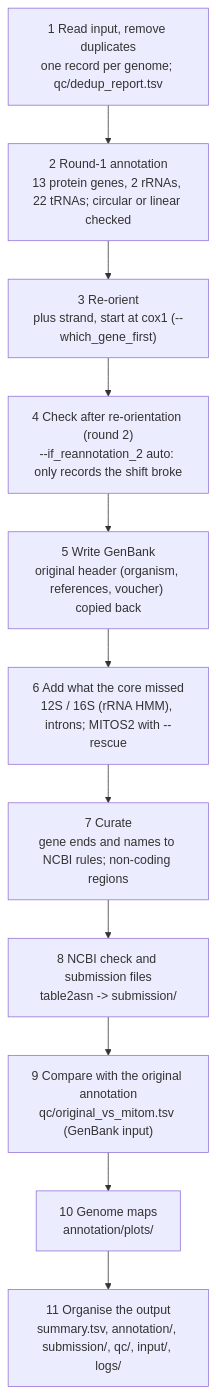
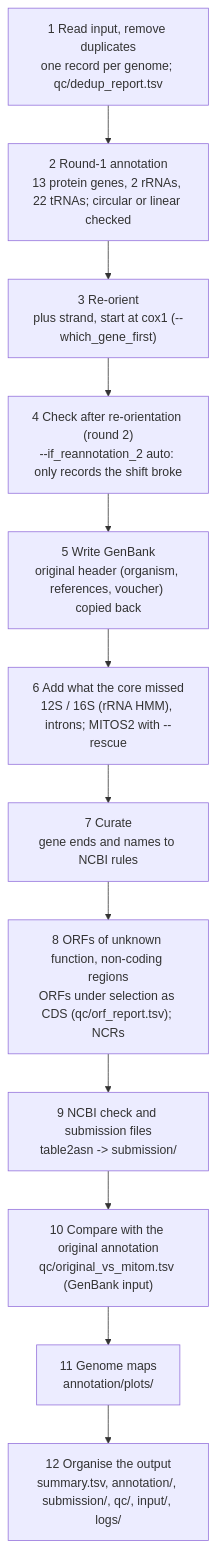
The diagram in docs/flowcharts/mitom_workflow.en.mmd (deyuanyang92-dev/Mitom), drawn with Mermaid before and after one commit. The commit also changed 27 other files, not shown here.

Commit message:
Structure review of fb526c3: ORFs and NCRs are their own step (run 12 steps, annotate 8); the ORF step runs mito_orf.py as a program (argv test, failure leaves the records); golden case annotate_rotated locks the rotation of annotate; METHODS says which steps run as programs

```diff
--- a/docs/flowcharts/mitom_workflow.en.mmd
+++ b/docs/flowcharts/mitom_workflow.en.mmd
@@ -1,14 +1,15 @@
 flowchart TD
     A["1 Read input, remove duplicates<br/>one record per genome; qc/dedup_report.tsv"]
     B["2 Round-1 annotation<br/>13 protein genes, 2 rRNAs, 22 tRNAs; circular or linear checked"]
     C["3 Re-orient<br/>plus strand, start at cox1 (--which_gene_first)"]
     D["4 Check after re-orientation (round 2)<br/>--if_reannotation_2 auto: only records the shift broke"]
     E["5 Write GenBank<br/>original header (organism, references, voucher) copied back"]
     F["6 Add what the core missed<br/>12S / 16S (rRNA HMM), introns; MITOS2 with --rescue"]
-    G["7 Curate<br/>gene ends and names to NCBI rules; non-coding regions"]
-    H["8 NCBI check and submission files<br/>table2asn -> submission/"]
-    I["9 Compare with the original annotation<br/>qc/original_vs_mitom.tsv (GenBank input)"]
-    J["10 Genome maps<br/>annotation/plots/"]
-    K["11 Organise the output<br/>summary.tsv, annotation/, submission/, qc/, input/, logs/"]
+    G["7 Curate<br/>gene ends and names to NCBI rules"]
+    H["8 ORFs of unknown function, non-coding regions<br/>ORFs under selection as CDS (qc/orf_report.tsv); NCRs"]
+    I["9 NCBI check and submission files<br/>table2asn -> submission/"]
+    J["10 Compare with the original annotation<br/>qc/original_vs_mitom.tsv (GenBank input)"]
+    K["11 Genome maps<br/>annotation/plots/"]
+    L["12 Organise the output<br/>summary.tsv, annotation/, submission/, qc/, input/, logs/"]
 
-    A --> B --> C --> D --> E --> F --> G --> H --> I --> J --> K
+    A --> B --> C --> D --> E --> F --> G --> H --> I --> J --> K --> L
```
